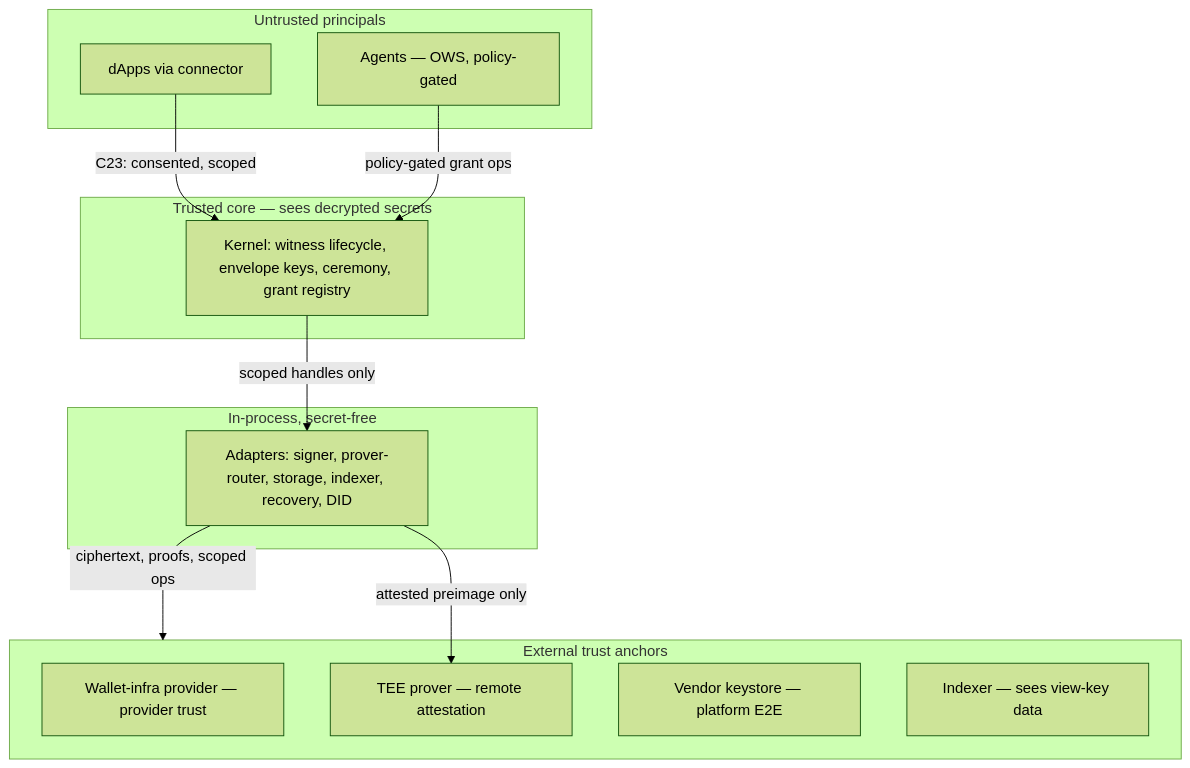
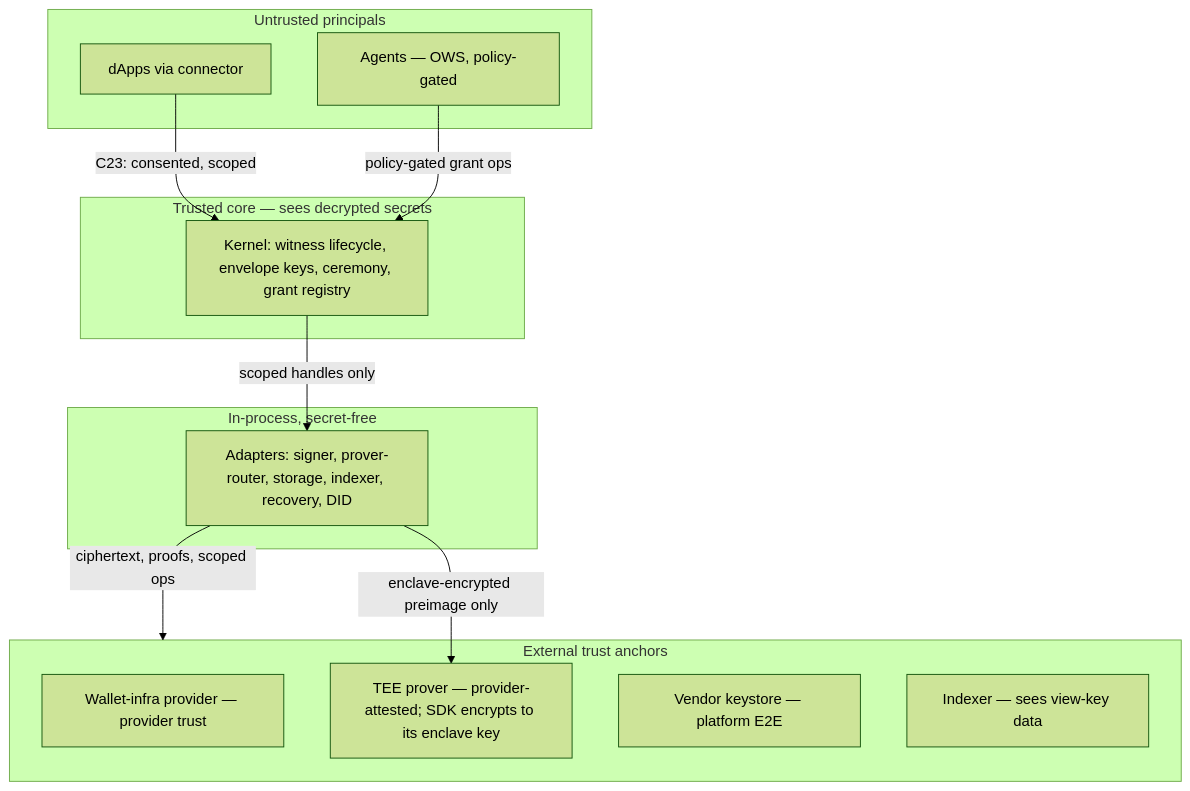
Before and after one commit to midnightntwrk/passport: the fifth of 6 diagrams in sdk/docs/architecture.md, drawn with Mermaid (forest theme). The commit also changed other lines of this file and 2 other files, not shown here.

First line of the commit message:
SDK docs: re-scope remote-prover trust — SDK encrypts to enclave, does not attest

````diff
--- a/sdk/docs/architecture.md
+++ b/sdk/docs/architecture.md
@@ -606,24 +609,24 @@
 ```mermaid
 flowchart TB
   subgraph TCB["Trusted core — sees decrypted secrets"]
     KERNEL["Kernel: witness lifecycle, envelope keys, ceremony, grant registry"]
   end
   subgraph INPROC["In-process, secret-free"]
     CAPS["Adapters: signer, prover-router, storage, indexer, recovery, DID"]
   end
   subgraph UNTRUSTED["Untrusted principals"]
     DAPP["dApps via connector"]
     AGENT["Agents — OWS, policy-gated"]
   end
   subgraph ANCHORS["External trust anchors"]
     DYN["Wallet-infra provider — provider trust"]
-    TEE["TEE prover — remote attestation"]
+    TEE["TEE prover — provider-attested; SDK encrypts to its enclave key"]
     VK["Vendor keystore — platform E2E"]
     IDX["Indexer — sees view-key data"]
   end
   KERNEL -->|"scoped handles only"| CAPS
   CAPS -->|"ciphertext, proofs, scoped ops"| ANCHORS
   DAPP -->|"C23: consented, scoped"| KERNEL
   AGENT -->|"policy-gated grant ops"| KERNEL
-  CAPS -->|"attested preimage only"| TEE
+  CAPS -->|"enclave-encrypted preimage only"| TEE
 ```
````
